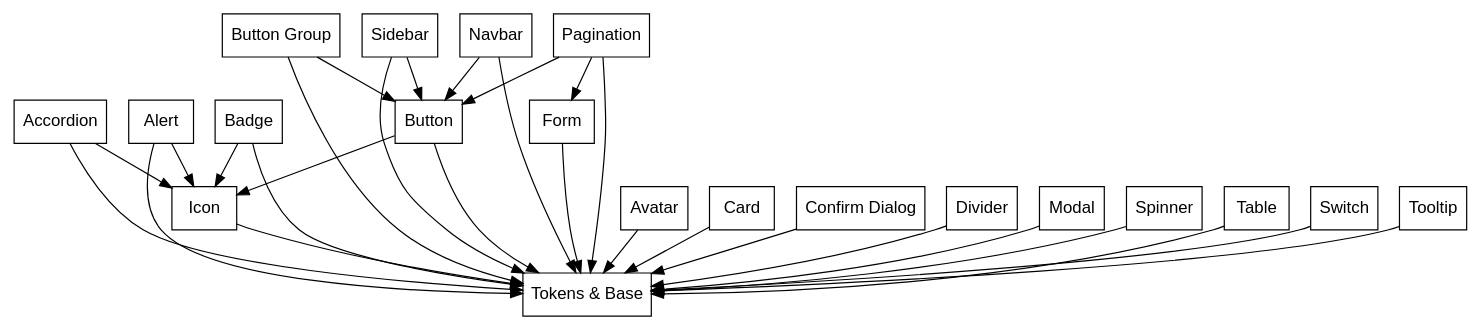
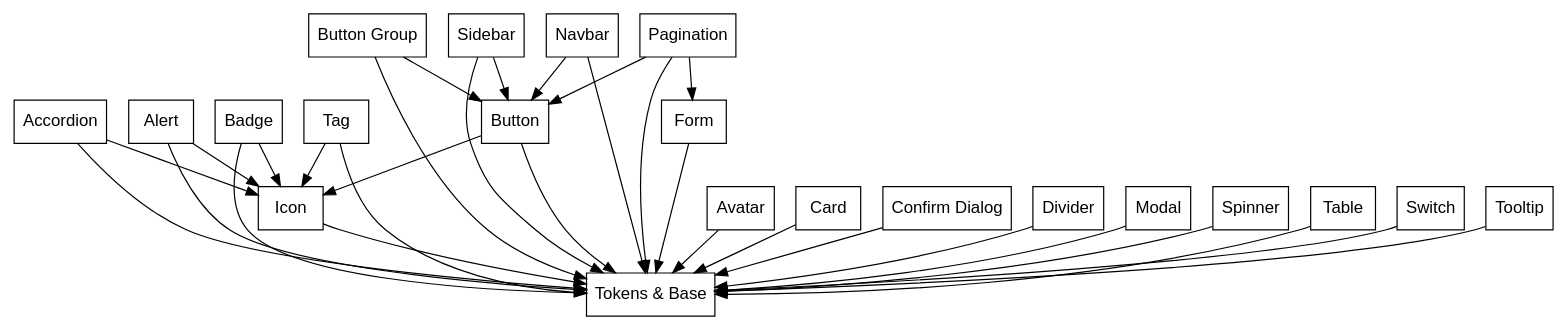
One commit to RoleModel/optics changed the diagram in tools/generate-graph.dot. Above: the diagram before and after it, drawn with Graphviz. The commit also changed 1 other file, not shown here.

Commit message:
update dependency graph

```diff
--- a/tools/generate-graph.dot
+++ b/tools/generate-graph.dot
@@ -1,44 +1,46 @@
 digraph dependencies {
   fontname = "Helvetica,Arial,sans-serif";
   node [fontname = "Helvetica,Arial,sans-serif";];
   edge [fontname = "Helvetica,Arial,sans-serif";];
   node [shape = box;];
   "Tokens & Base";
 
   "Accordion" -> "Tokens & Base";
   "Accordion" -> "Icon";
 
   "Alert" -> "Tokens & Base";
   "Alert" -> "Icon";
 
   "Badge" -> "Tokens & Base";
   "Badge" -> "Icon";
 
   "Button" -> "Tokens & Base";
   "Button" -> "Icon";
 
+  "Tag" -> "Tokens & Base";
+  "Tag" -> "Icon";
+
   "Button Group" -> "Tokens & Base";
   "Button Group" -> "Button";
 
   "Sidebar" -> "Tokens & Base";
   "Sidebar" -> "Button";
 
   "Navbar" -> "Tokens & Base";
   "Navbar" -> "Button";
 
   "Pagination" -> "Button";
   "Pagination" -> "Form";
   "Pagination" -> "Tokens & Base";
-
   "Avatar" -> "Tokens & Base";
   "Card" -> "Tokens & Base";
   "Confirm Dialog" -> "Tokens & Base";
   "Divider" -> "Tokens & Base";
   "Form" -> "Tokens & Base";
   "Icon" -> "Tokens & Base";
   "Modal" -> "Tokens & Base";
   "Spinner" -> "Tokens & Base";
   "Table" -> "Tokens & Base";
   "Switch" -> "Tokens & Base";
   "Tooltip" -> "Tokens & Base";
 }
```
